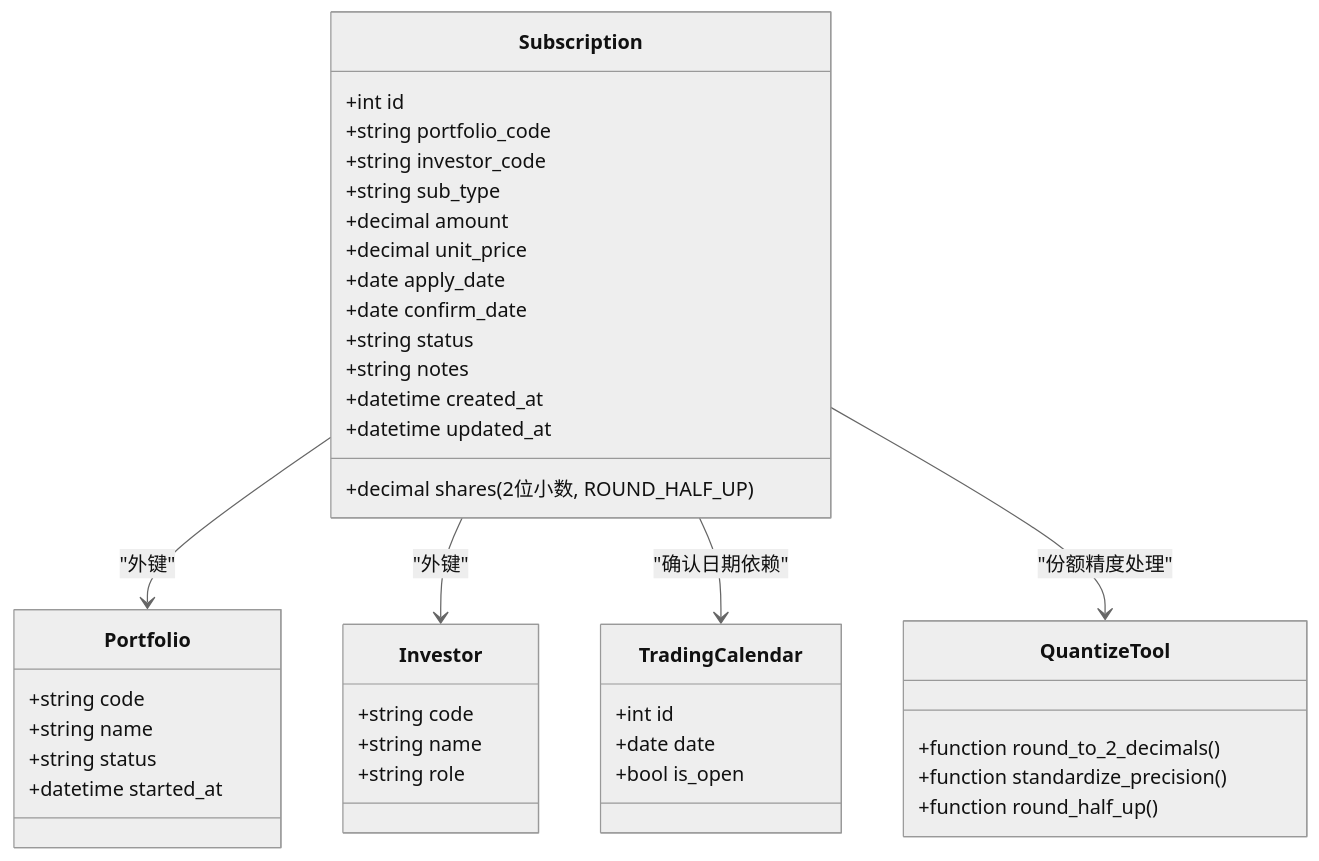
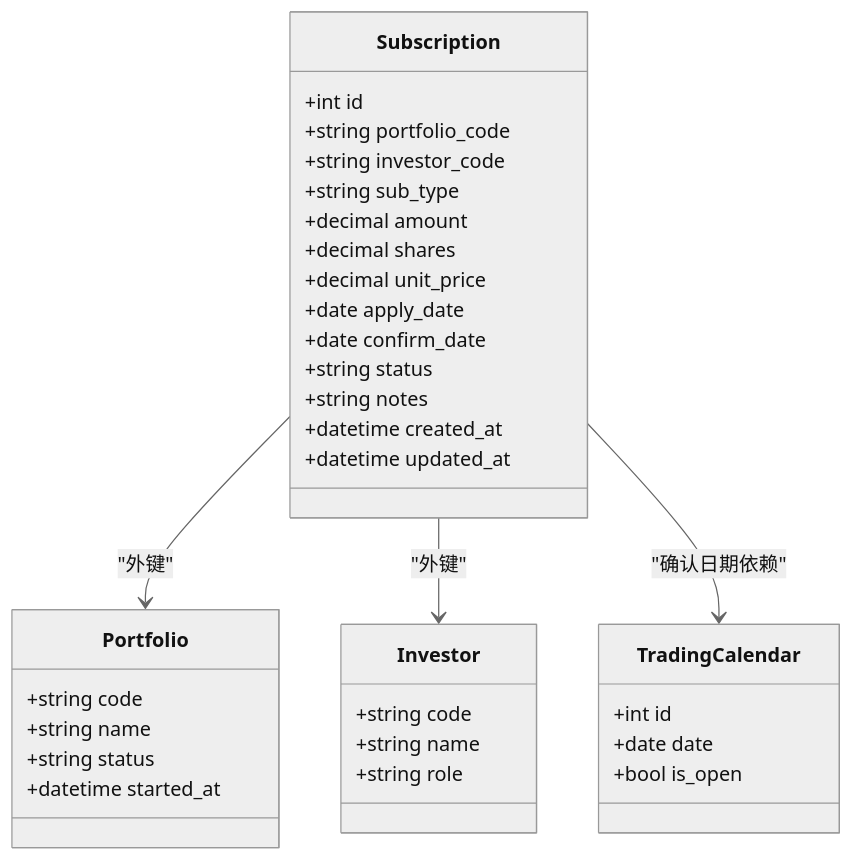
The third of 6 diagrams in .qoder/repowiki/zh/content/核心业务功能/订阅管理.md (gujialind/InvestRing), drawn with Mermaid (neutral theme) before and after one commit. The commit also changed other lines of this file and 65 other files, not shown here.

````diff
--- a/.qoder/repowiki/zh/content/核心业务功能/订阅管理.md
+++ b/.qoder/repowiki/zh/content/核心业务功能/订阅管理.md
@@ -200,43 +156,37 @@
 ```mermaid
 classDiagram
 class Subscription {
 +int id
 +string portfolio_code
 +string investor_code
 +string sub_type
 +decimal amount
-+decimal shares (2位小数, ROUND_HALF_UP)
++decimal shares
 +decimal unit_price
 +date apply_date
 +date confirm_date
 +string status
 +string notes
 +datetime created_at
 +datetime updated_at
 }
 class Portfolio {
 +string code
 +string name
 +string status
 +datetime started_at
 }
 class Investor {
 +string code
 +string name
 +string role
 }
 class TradingCalendar {
 +int id
 +date date
 +bool is_open
 }
-class QuantizeTool {
-+function round_to_2_decimals()
-+function standardize_precision()
-+function round_half_up()
-}
 Subscription --> Portfolio : "外键"
 Subscription --> Investor : "外键"
 Subscription --> TradingCalendar : "确认日期依赖"
-Subscription --> QuantizeTool : "份额精度处理"
 ```
````
